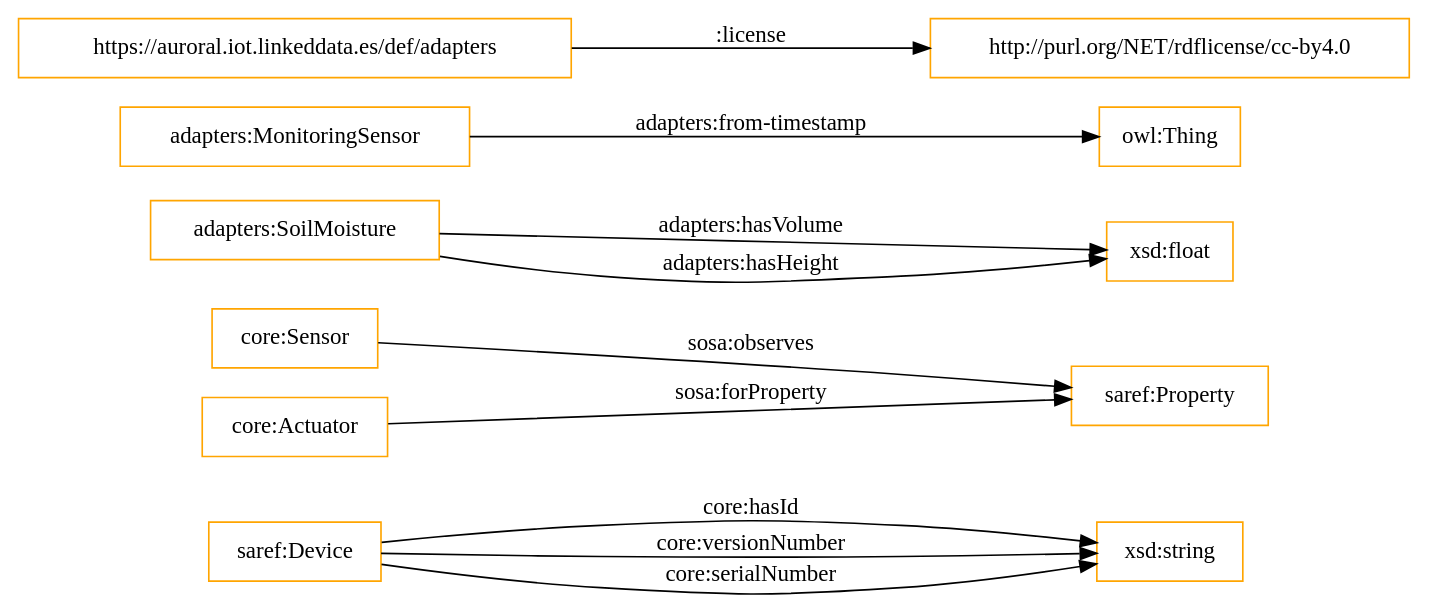
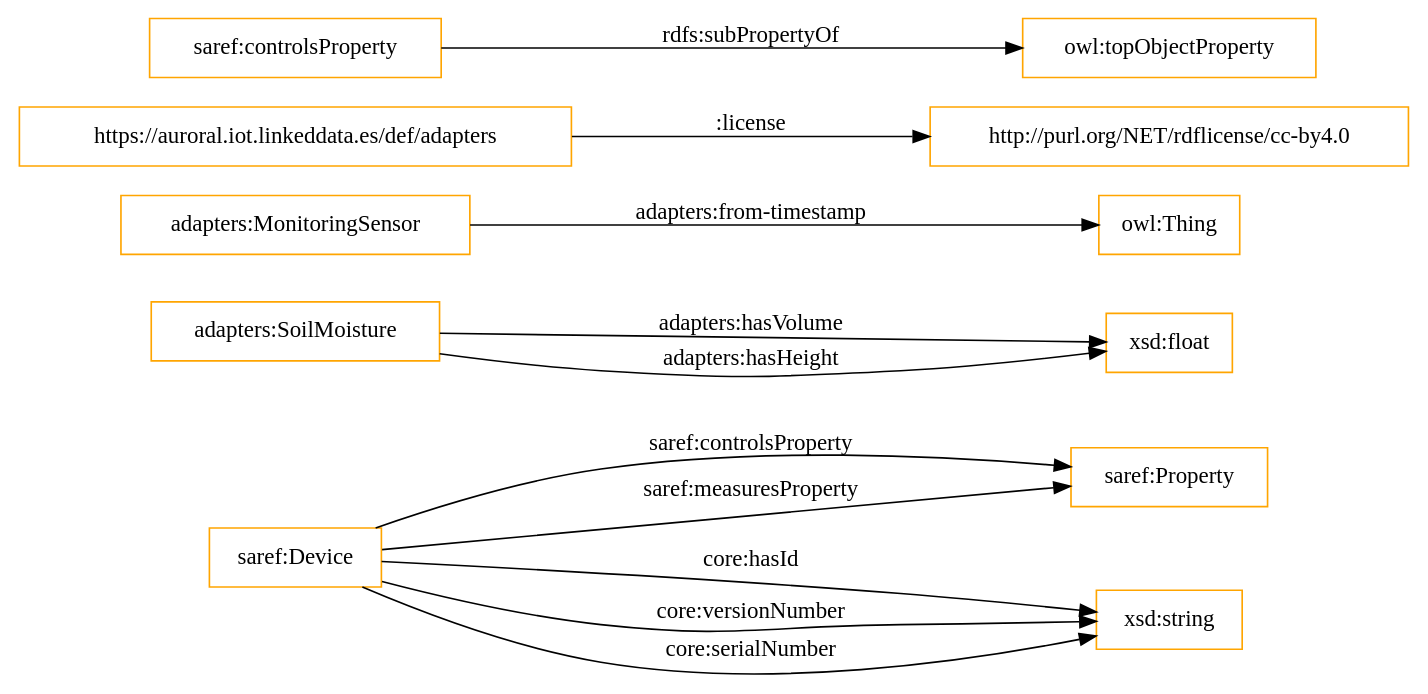
One commit to oeg-upm/auroral-adapters-ontology changed the diagram in OnToology/Ontology/adapters-ontology.owl/diagrams/ar2dtool-class/adapters-ontology.owl.png.dot. Above: the diagram before and after it, drawn with Graphviz. The commit also changed 12 other files, not shown here.

```diff
--- a/OnToology/Ontology/adapters-ontology.owl/diagrams/ar2dtool-class/adapters-ontology.owl.png.dot
+++ b/OnToology/Ontology/adapters-ontology.owl/diagrams/ar2dtool-class/adapters-ontology.owl.png.dot
@@ -1,15 +1,16 @@
 digraph ar2dtool_diagram { 
 rankdir=LR;
 size="1501"
-node [shape = rectangle, color="orange"]; "saref:Device" "core:Sensor" "core:Actuator" "adapters:SoilMoisture" "saref:Property" "adapters:MonitoringSensor" ; /*classes style*/
+node [shape = rectangle, color="orange"]; "saref:Device" "adapters:SoilMoisture" "saref:Property" "adapters:MonitoringSensor" ; /*classes style*/
 	"https://auroral.iot.linkeddata.es/def/adapters" -> "http://purl.org/NET/rdflicense/cc-by4.0" [ label = ":license" ];
+	"saref:controlsProperty" -> "owl:topObjectProperty" [ label = "rdfs:subPropertyOf" ];
 	"saref:Device" -> "xsd:string" [ label = "core:hasId" ];
-	"core:Actuator" -> "saref:Property" [ label = "sosa:forProperty" ];
+	"saref:Device" -> "saref:Property" [ label = "saref:controlsProperty" ];
 	"adapters:SoilMoisture" -> "xsd:float" [ label = "adapters:hasVolume" ];
-	"core:Sensor" -> "saref:Property" [ label = "sosa:observes" ];
 	"saref:Device" -> "xsd:string" [ label = "core:versionNumber" ];
+	"saref:Device" -> "saref:Property" [ label = "saref:measuresProperty" ];
 	"adapters:MonitoringSensor" -> "owl:Thing" [ label = "adapters:from-timestamp" ];
 	"adapters:SoilMoisture" -> "xsd:float" [ label = "adapters:hasHeight" ];
 	"saref:Device" -> "xsd:string" [ label = "core:serialNumber" ];
 
 }
```
